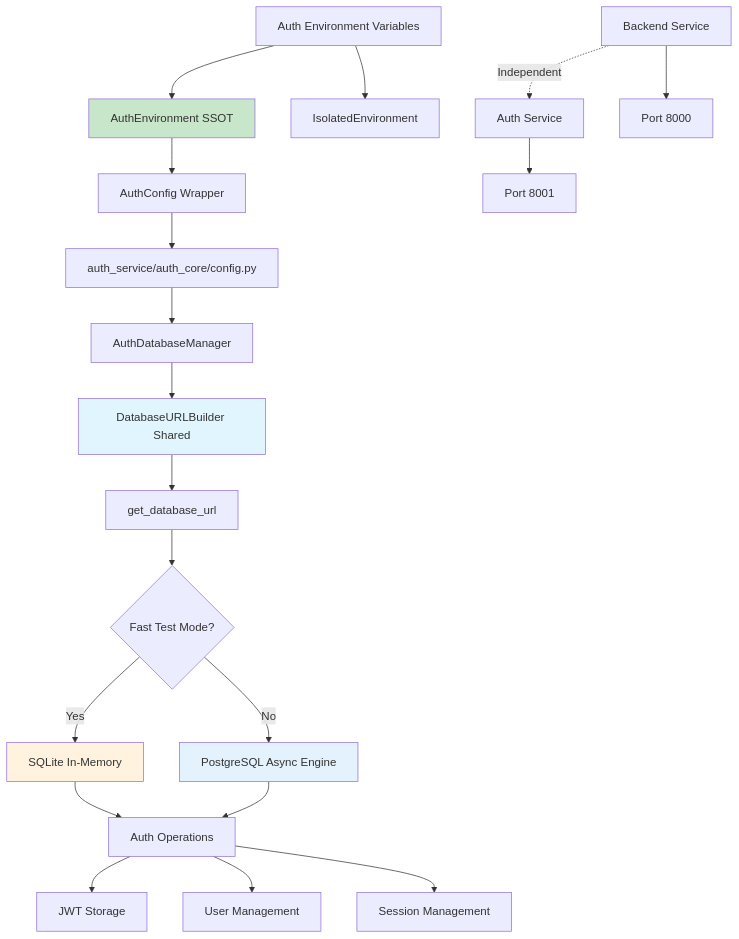
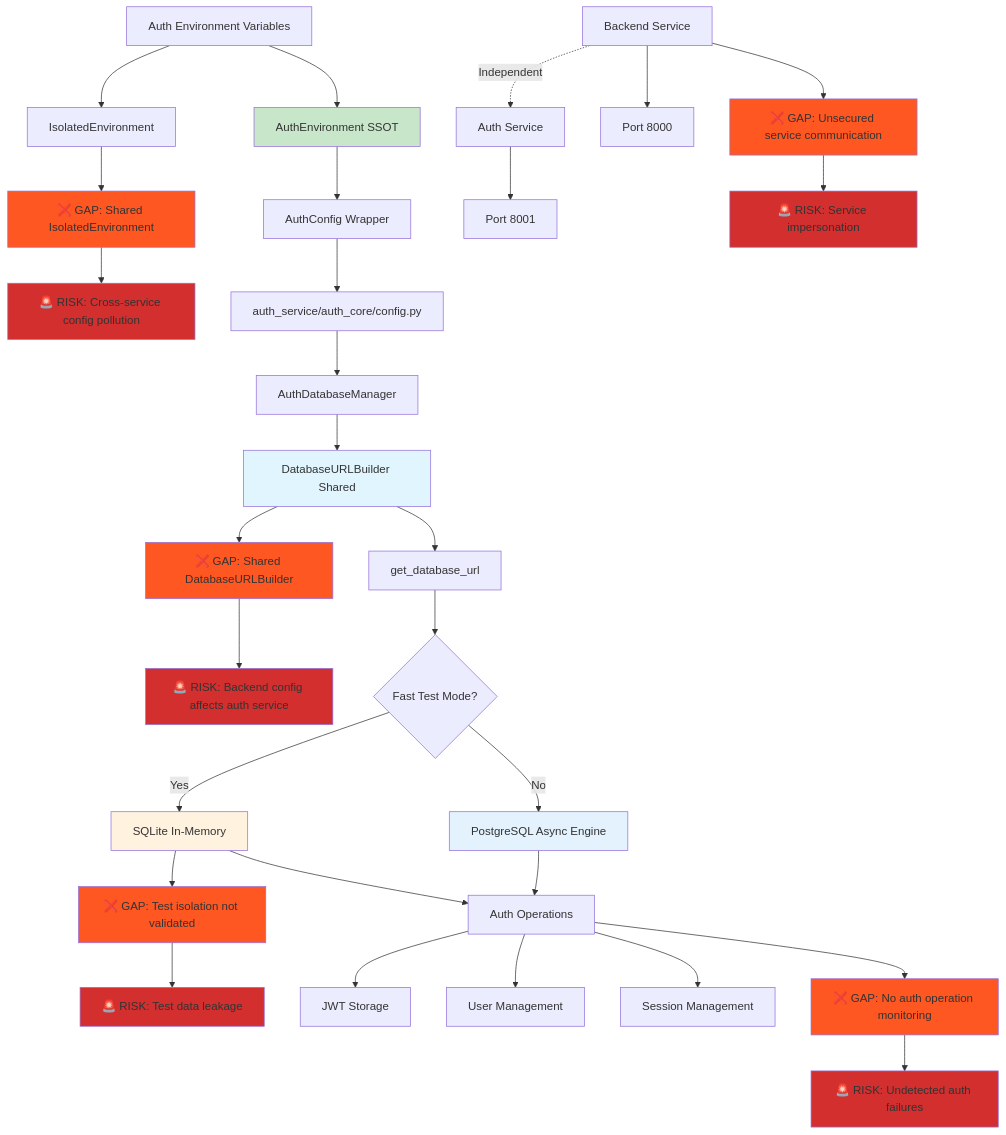
Before and after one commit to netra-systems/zen: the fifth of 14 diagrams in docs/database_architecture_diagrams.md, drawn with Mermaid. The commit also changed other lines of this file and 3 other files, not shown here.

````diff
--- a/docs/database_architecture_diagrams.md
+++ b/docs/database_architecture_diagrams.md
@@ -197,37 +359,68 @@
 ```mermaid
 flowchart TD
     %% Configuration Sources
     A[Auth Environment Variables] --> B[AuthEnvironment SSOT]
     A --> C[IsolatedEnvironment]
+    
+    %% GAP: Shared environment dependencies
+    C --> GAP1[❌ GAP: Shared IsolatedEnvironment]
+    GAP1 --> RISK1[🚨 RISK: Cross-service config pollution]
     
     %% Auth Configuration Management
     B --> D[AuthConfig Wrapper]
     D --> E[auth_service/auth_core/config.py]
     
     %% Database Manager
     E --> F[AuthDatabaseManager]
     F --> G[DatabaseURLBuilder Shared]
+    
+    %% GAP: Shared database URL builder
+    G --> GAP2[❌ GAP: Shared DatabaseURLBuilder]
+    GAP2 --> RISK2[🚨 RISK: Backend config affects auth service]
+    
     G --> H[get_database_url]
     
     %% Engine Creation for Auth
     H --> I{Fast Test Mode?}
     I -->|Yes| J[SQLite In-Memory]
     I -->|No| K[PostgreSQL Async Engine]
+    
+    %% GAP: No validation of test mode isolation
+    J --> GAP3[❌ GAP: Test isolation not validated]
+    GAP3 --> RISK3[🚨 RISK: Test data leakage]
     
     %% Auth Database Operations
     J --> L[Auth Operations]
     K --> L
     L --> M[JWT Storage]
     L --> N[User Management]
     L --> O[Session Management]
     
-    %% Service Independence
+    %% GAP: No auth operation monitoring
+    L --> GAP4[❌ GAP: No auth operation monitoring]
+    GAP4 --> RISK4[🚨 RISK: Undetected auth failures]
+    
+    %% Service Independence - GAPS
     P[Backend Service] -.->|Independent| Q[Auth Service]
     Q --> R[Port 8001]
     P --> S[Port 8000]
+    
+    %% GAP: Service communication not secured
+    P --> GAP5[❌ GAP: Unsecured service communication]
+    GAP5 --> RISK5[🚨 RISK: Service impersonation]
     
     style B fill:#c8e6c9
     style G fill:#e1f5fe
     style J fill:#fff3e0
     style K fill:#e3f2fd
+    style GAP1 fill:#ff5722
+    style GAP2 fill:#ff5722
+    style GAP3 fill:#ff5722
+    style GAP4 fill:#ff5722
+    style GAP5 fill:#ff5722
+    style RISK1 fill:#d32f2f
+    style RISK2 fill:#d32f2f
+    style RISK3 fill:#d32f2f
+    style RISK4 fill:#d32f2f
+    style RISK5 fill:#d32f2f
 ```
````
